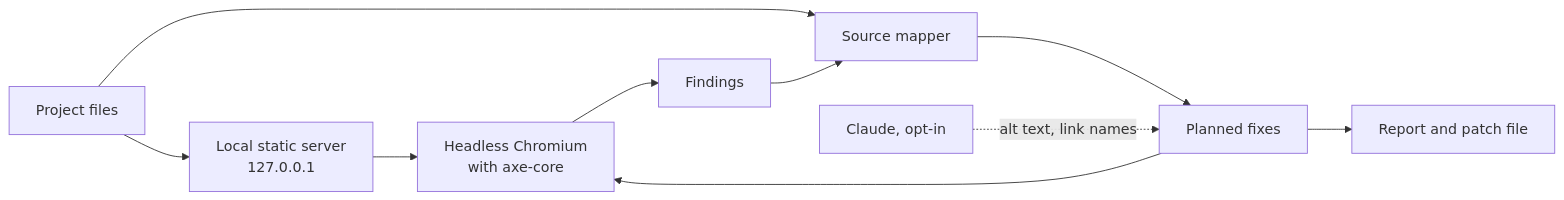
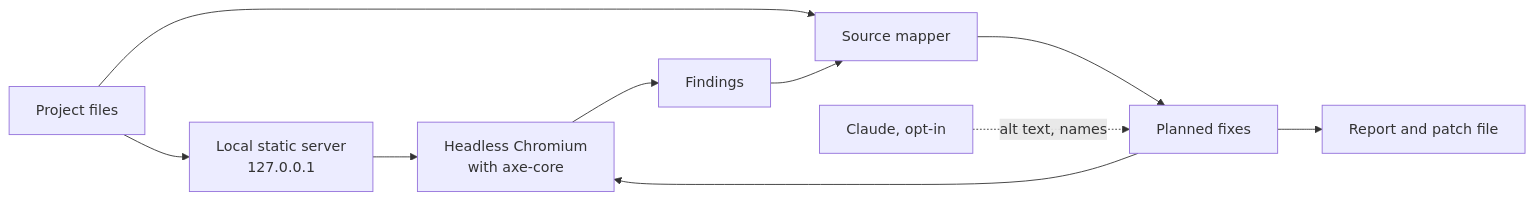
The diagram in docs/data-flow.md (NoahIT/allymend), drawn with Mermaid before and after one commit. The commit also changed other lines of this file and 16 other files, not shown here.

````diff
--- a/docs/data-flow.md
+++ b/docs/data-flow.md
@@ -5,12 +5,12 @@
 ```mermaid
 flowchart LR
     project[Project files] --> server[Local static server<br>127.0.0.1]
     server --> browser[Headless Chromium<br>with axe-core]
     browser --> findings[Findings]
     project --> mapper[Source mapper]
     findings --> mapper
     mapper --> fixes[Planned fixes]
-    model[Claude, opt-in] -. alt text, link names .-> fixes
+    model[Claude, opt-in] -. alt text, names .-> fixes
     fixes --> browser
     fixes --> outputs[Report and patch file]
 ```
````
